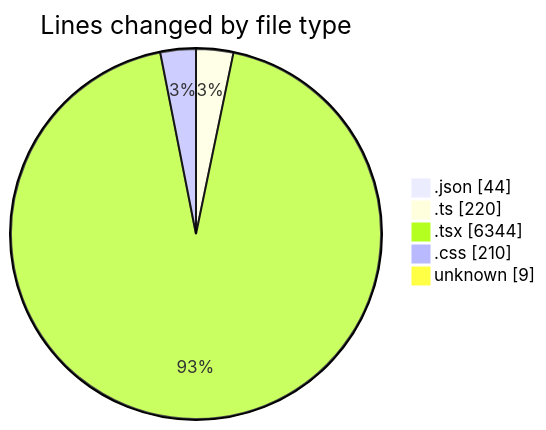
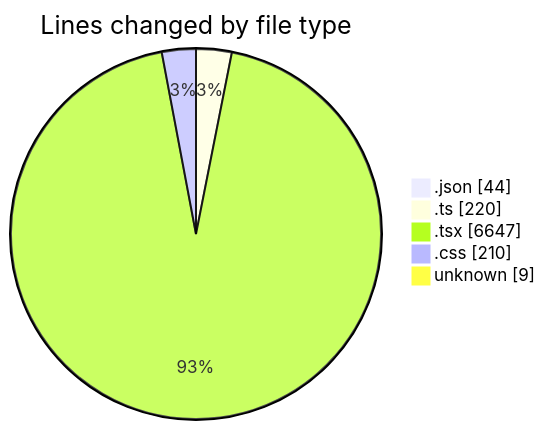
Before and after one commit to julien-gomy/code-tracking: the first of 2 diagrams in 2025-10-24/eventscop-frontend-guide__workspace_/README.md, drawn with Mermaid. The commit also changed other lines of this file and 1 other file, not shown here.

````diff
--- a/2025-10-24/eventscop-frontend-guide__workspace_/README.md
+++ b/2025-10-24/eventscop-frontend-guide__workspace_/README.md
@@ -48,9 +49,9 @@
 ```mermaid
 pie showData
 title Lines changed by file type
 ".json" : 44
 ".ts" : 220
-".tsx" : 6344
+".tsx" : 6647
 ".css" : 210
 "unknown" : 9
 ```
````
